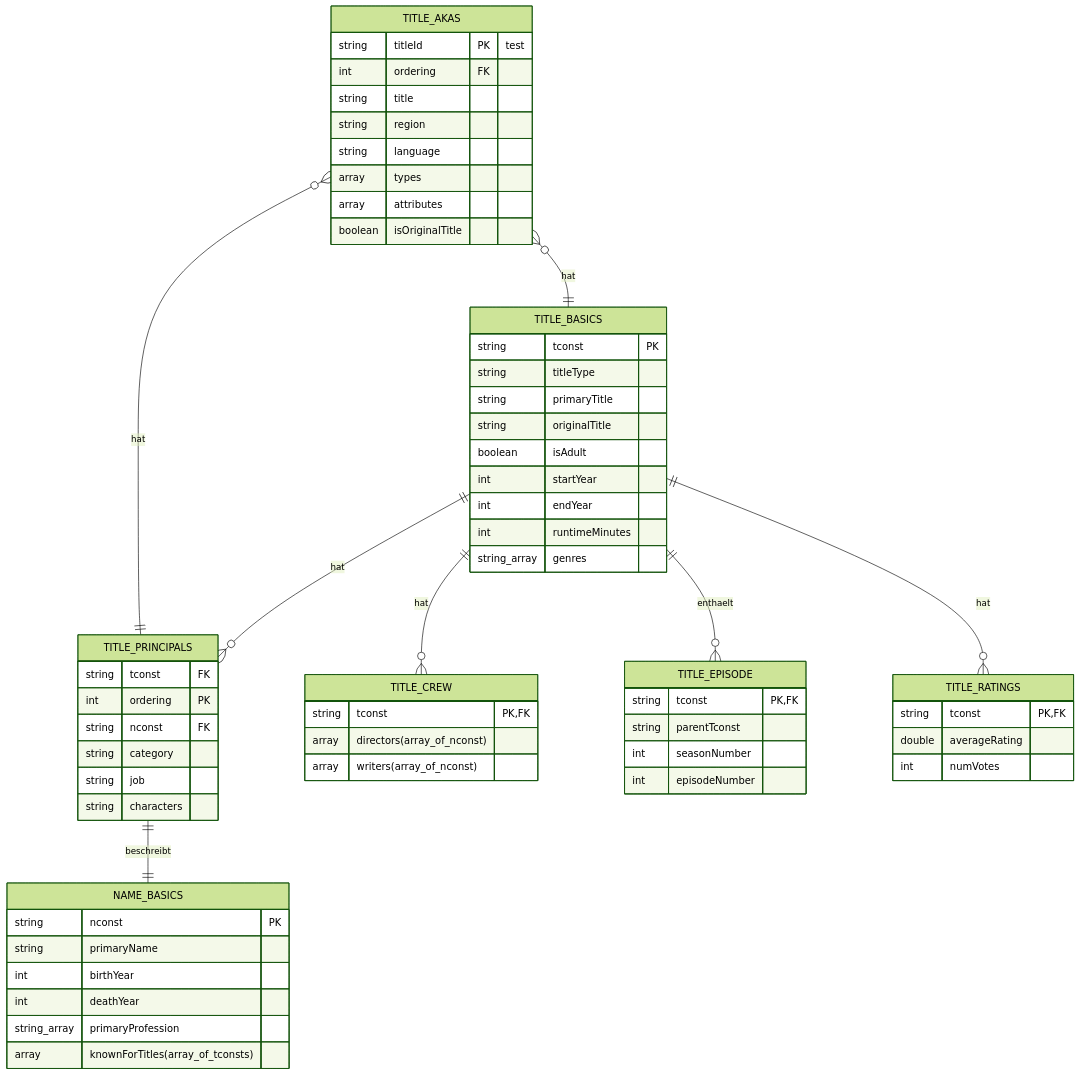
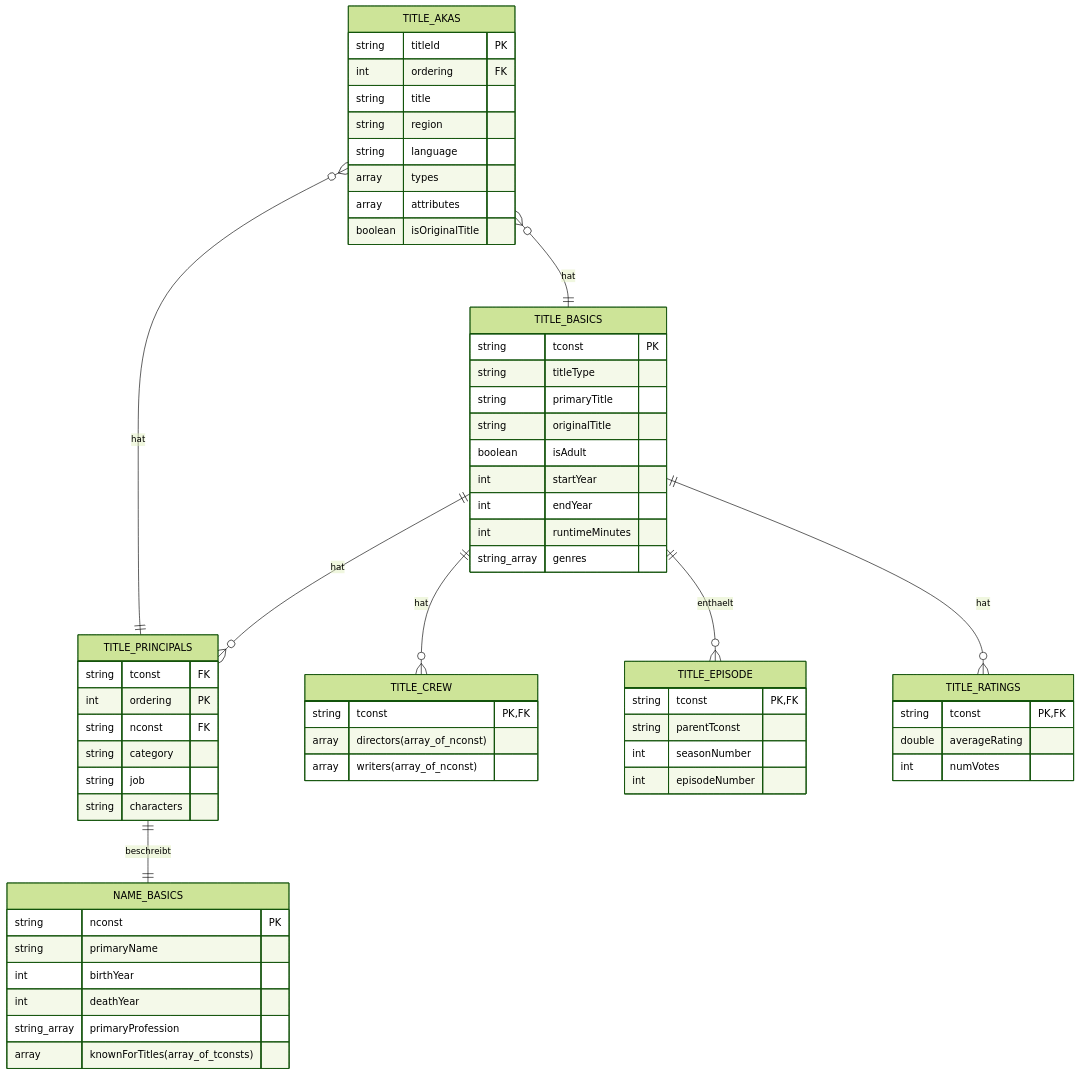
Before and after one commit to albijanmusliu/bi_praktikum: the diagram in er-diagramm-imdb.md, drawn with Mermaid (forest theme).

Commit message:
final finish

````diff
--- a/er-diagramm-imdb.md
+++ b/er-diagramm-imdb.md
@@ -1,72 +1,72 @@
 ```mermaid
 erDiagram
     TITLE_AKAS o{--|| TITLE_BASICS : hat
     TITLE_AKAS o{--|| TITLE_PRINCIPALS : hat
     TITLE_BASICS ||--o{ TITLE_CREW : hat
     TITLE_BASICS ||--o{ TITLE_EPISODE : enthaelt
     TITLE_BASICS ||--o{ TITLE_PRINCIPALS : hat
     TITLE_BASICS ||--o{ TITLE_RATINGS : hat
     TITLE_PRINCIPALS ||--|| NAME_BASICS : beschreibt
     
     
 TITLE_AKAS {
-        string titleId PK "test"
+        string titleId PK
         int ordering FK
         string title 
         string region
         string language
         array types
         array attributes 
         boolean isOriginalTitle
     }
     
     TITLE_BASICS {
         string tconst PK
         string titleType
         string primaryTitle
         string originalTitle
         boolean isAdult
         int startYear
         int endYear
         int runtimeMinutes
         string_array genres 
     }
     TITLE_CREW {
         string tconst PK, FK
         array directors(array_of_nconst)
         array writers(array_of_nconst)
     }
 
     TITLE_EPISODE {
         string tconst PK,FK
         string parentTconst 
         int seasonNumber
         int episodeNumber 
     }
 
     TITLE_PRINCIPALS {
         string tconst FK  
         int ordering PK
         string nconst FK
         string category
         string job
         string characters 
     }
 
     TITLE_RATINGS {
         string tconst PK, FK 
         double averageRating   
         int numVotes 
     }
 
     NAME_BASICS {
         string nconst PK
         string primaryName   
         int birthYear
         int deathYear
         string_array primaryProfession 
         array knownForTitles(array_of_tconsts)
     }
 
 
 ```
````
